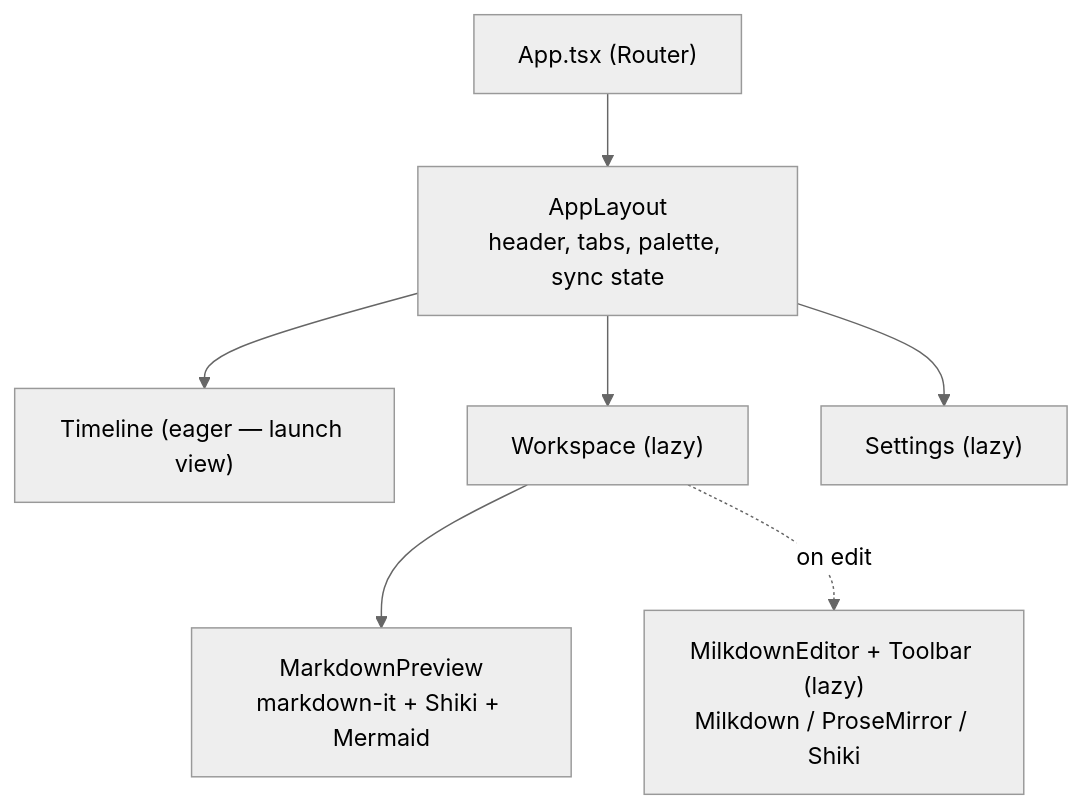
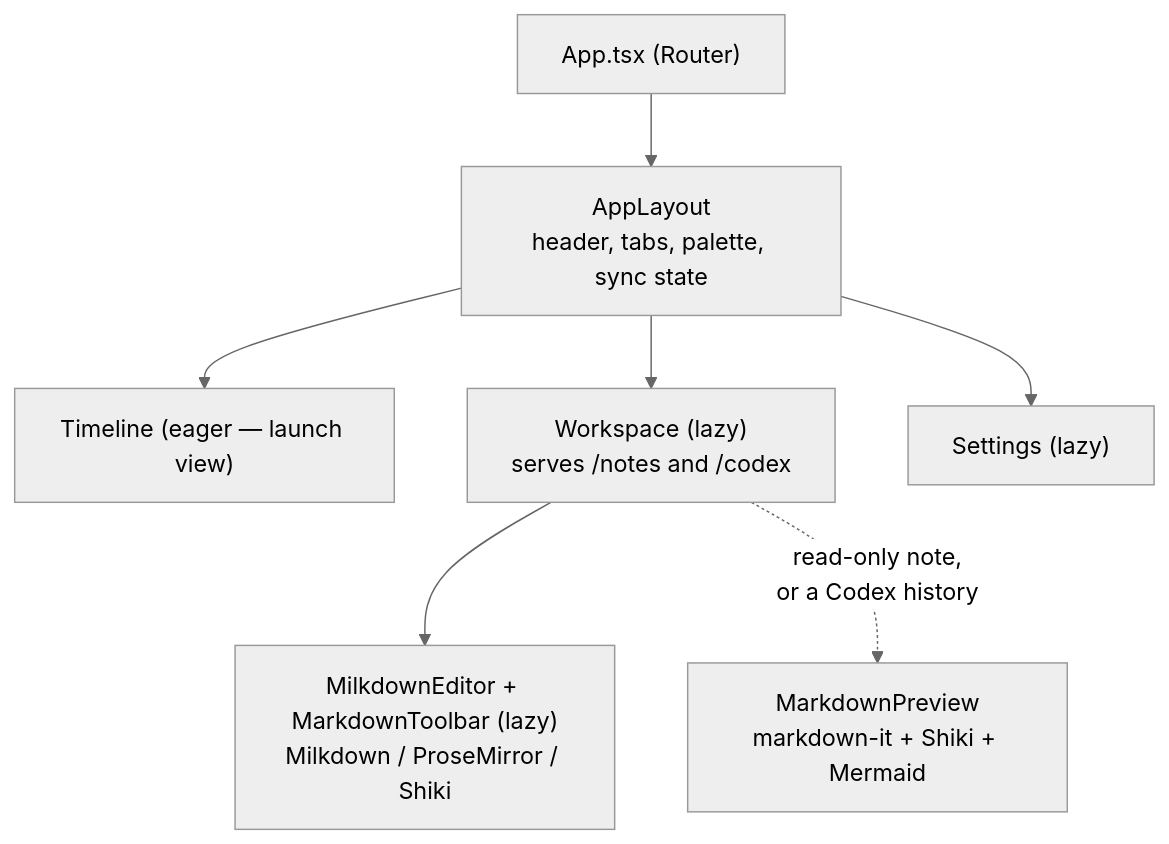
Before and after one commit to Xantibody/magical-merchant: the second of 3 diagrams in docs/introduction.md, drawn with Mermaid (neutral theme). The commit also changed other lines of this file and 1 other file, not shown here.

First line of the commit message:
docs(arch): the editor is the default state, and index the note modules

````diff
--- a/docs/introduction.md
+++ b/docs/introduction.md
@@ -98,17 +98,17 @@
 ```mermaid
 flowchart TD
     App["App.tsx (Router)"]
     Layout["AppLayout<br/>header, tabs, palette, sync state"]
     Timeline["Timeline (eager — launch view)"]
-    Workspace["Workspace (lazy)"]
+    Workspace["Workspace (lazy)<br/>serves /notes and /codex"]
     Settings["Settings (lazy)"]
-    Editor["MilkdownEditor + Toolbar (lazy)<br/>Milkdown / ProseMirror / Shiki"]
+    Editor["MilkdownEditor + MarkdownToolbar (lazy)<br/>Milkdown / ProseMirror / Shiki"]
     Preview["MarkdownPreview<br/>markdown-it + Shiki + Mermaid"]
 
     App --> Layout
     Layout --> Timeline
     Layout --> Workspace
     Layout --> Settings
-    Workspace --> Preview
-    Workspace -. "on edit" .-> Editor
+    Workspace --> Editor
+    Workspace -. "read-only note,<br/>or a Codex history" .-> Preview
 ```
````
